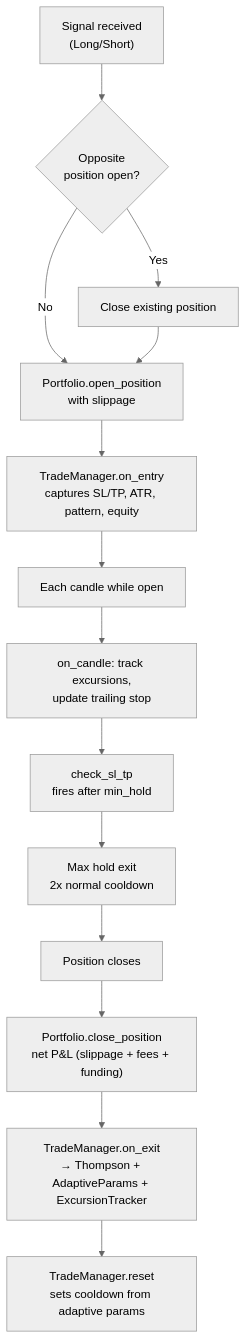
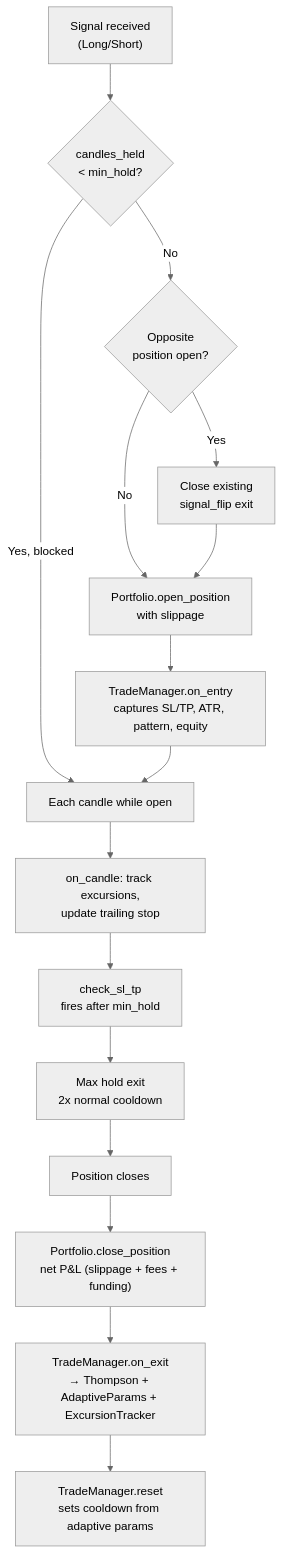
One commit to krejcif/rdex changed the second of 2 diagrams in docs/06-backtest-engine.md. Above: the diagram before and after it, drawn with Mermaid (neutral theme). The commit also changed other lines of this file and 2 other files, not shown here.

First line of the commit message:
Update docs with signal flip guard, fix cargo commands, add failed approaches

````diff
--- a/docs/06-backtest-engine.md
+++ b/docs/06-backtest-engine.md
@@ -42,18 +54,20 @@
 ```mermaid
 graph TD
-    Signal["Signal received<br/>(Long/Short)"] --> Flip{Opposite<br/>position open?}
-    Flip -->|Yes| Close1[Close existing position]
+    Signal["Signal received<br/>(Long/Short)"] --> MinHold{candles_held<br/>< min_hold?}
+    MinHold -->|Yes, blocked| Loop
+    MinHold -->|No| Flip{Opposite<br/>position open?}
+    Flip -->|Yes| Close1[Close existing<br/>signal_flip exit]
     Flip -->|No| Open
     Close1 --> Open[Portfolio.open_position<br/>with slippage]
     Open --> Entry[TradeManager.on_entry<br/>captures SL/TP, ATR, pattern, equity]
 
     Entry --> Loop["Each candle while open"]
     Loop --> Excursion[on_candle: track excursions,<br/>update trailing stop]
     Excursion --> CheckSL[check_sl_tp<br/>fires after min_hold]
     CheckSL --> MaxHold[Max hold exit<br/>2x normal cooldown]
 
     MaxHold --> ClosePos[Position closes]
     ClosePos --> PnL["Portfolio.close_position<br/>net P&L (slippage + fees + funding)"]
     PnL --> Record["TradeManager.on_exit<br/>→ Thompson + AdaptiveParams + ExcursionTracker"]
     Record --> Cooldown[TradeManager.reset<br/>sets cooldown from adaptive params]
 ```
````
